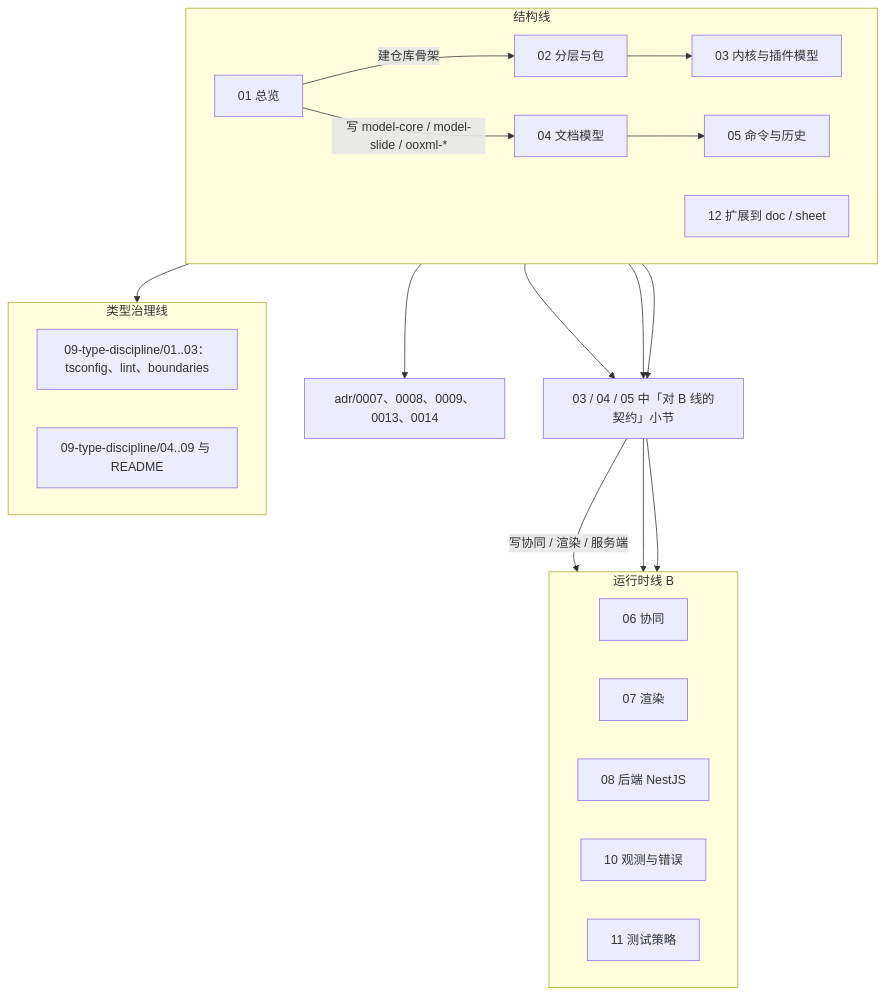
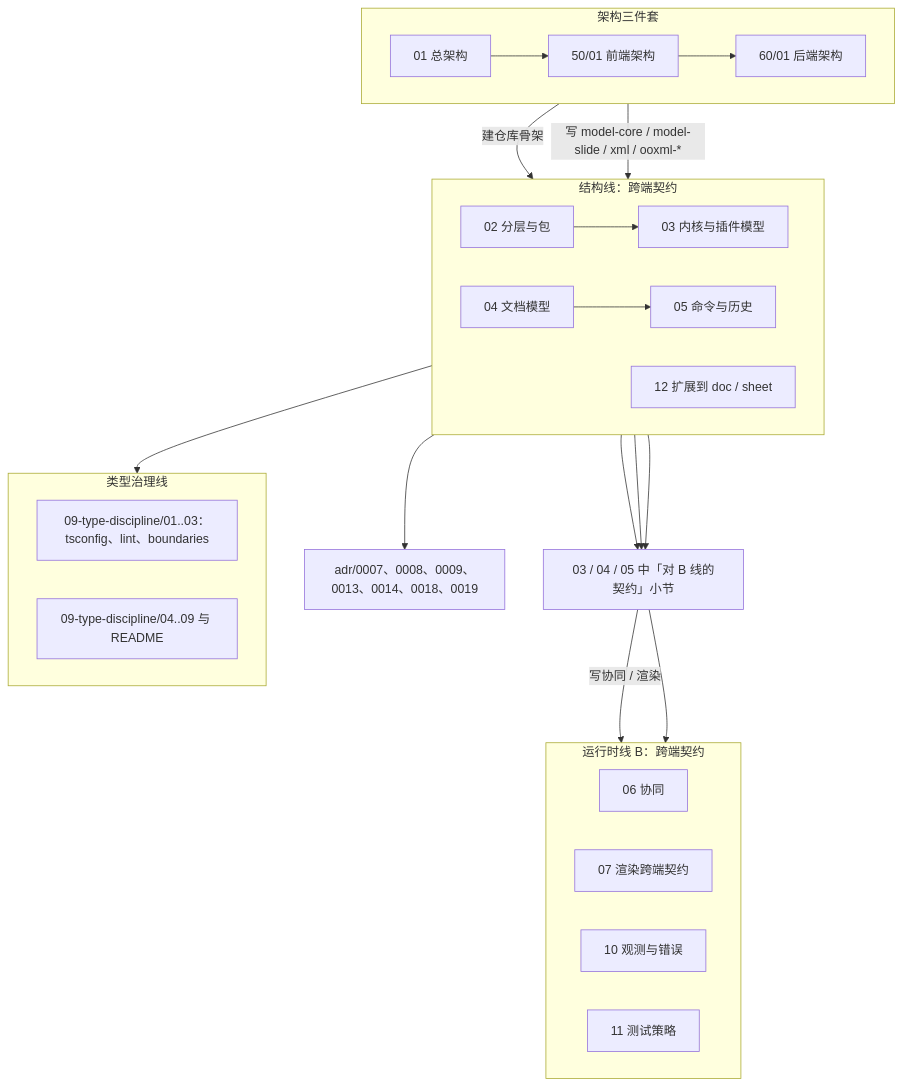
Before and after one commit to Xeonice/cordis-ppt-editor: the diagram in docs/30-architecture/README.md, drawn with Mermaid. The commit also changed other lines of this file and 78 other files, not shown here.

````diff
--- a/docs/30-architecture/README.md
+++ b/docs/30-architecture/README.md
@@ -75,35 +71,39 @@
 ```mermaid
 flowchart TB
-  subgraph structLine["结构线"]
+  subgraph trio["架构三件套"]
     direction LR
-    d01["01 总览"]
+    d01["01 总架构"]
+    f01["50/01 前端架构"]
+    b01["60/01 后端架构"]
+  end
+  subgraph structLine["结构线：跨端契约"]
+    direction LR
     d02["02 分层与包"]
     d03["03 内核与插件模型"]
     d04["04 文档模型"]
     d05["05 命令与历史"]
     d12["12 扩展到 doc / sheet"]
   end
-  subgraph runtimeLine["运行时线 B"]
+  subgraph runtimeLine["运行时线 B：跨端契约"]
     direction LR
     d06["06 协同"]
-    d07["07 渲染"]
-    d08["08 后端 NestJS"]
+    d07["07 渲染跨端契约"]
     d10["10 观测与错误"]
     d11["11 测试策略"]
   end
   subgraph typeLine["类型治理线"]
     direction LR
     d09a["09-type-discipline/01..03：tsconfig、lint、boundaries"]
     d09b["09-type-discipline/04..09 与 README"]
   end
-  adr["adr/0007、0008、0009、0013、0014"]
+  adr["adr/0007、0008、0009、0013、0014、0018、0019"]
   contracts["03 / 04 / 05 中「对 B 线的契约」小节"]
+  d01 --> f01 --> b01
   d01 -- "建仓库骨架" --> d02 --> d03 --> d09a
-  d01 -- "写 model-core / model-slide / ooxml-*" --> d04 --> d05 --> adr
+  d01 -- "写 model-core / model-slide / xml / ooxml-*" --> d04 --> d05 --> adr
   d03 --> contracts
   d04 --> contracts
   d05 --> contracts
-  contracts -- "写协同 / 渲染 / 服务端" --> d06
+  contracts -- "写协同 / 渲染" --> d06
   contracts --> d07
-  contracts --> d08
 ```
````
